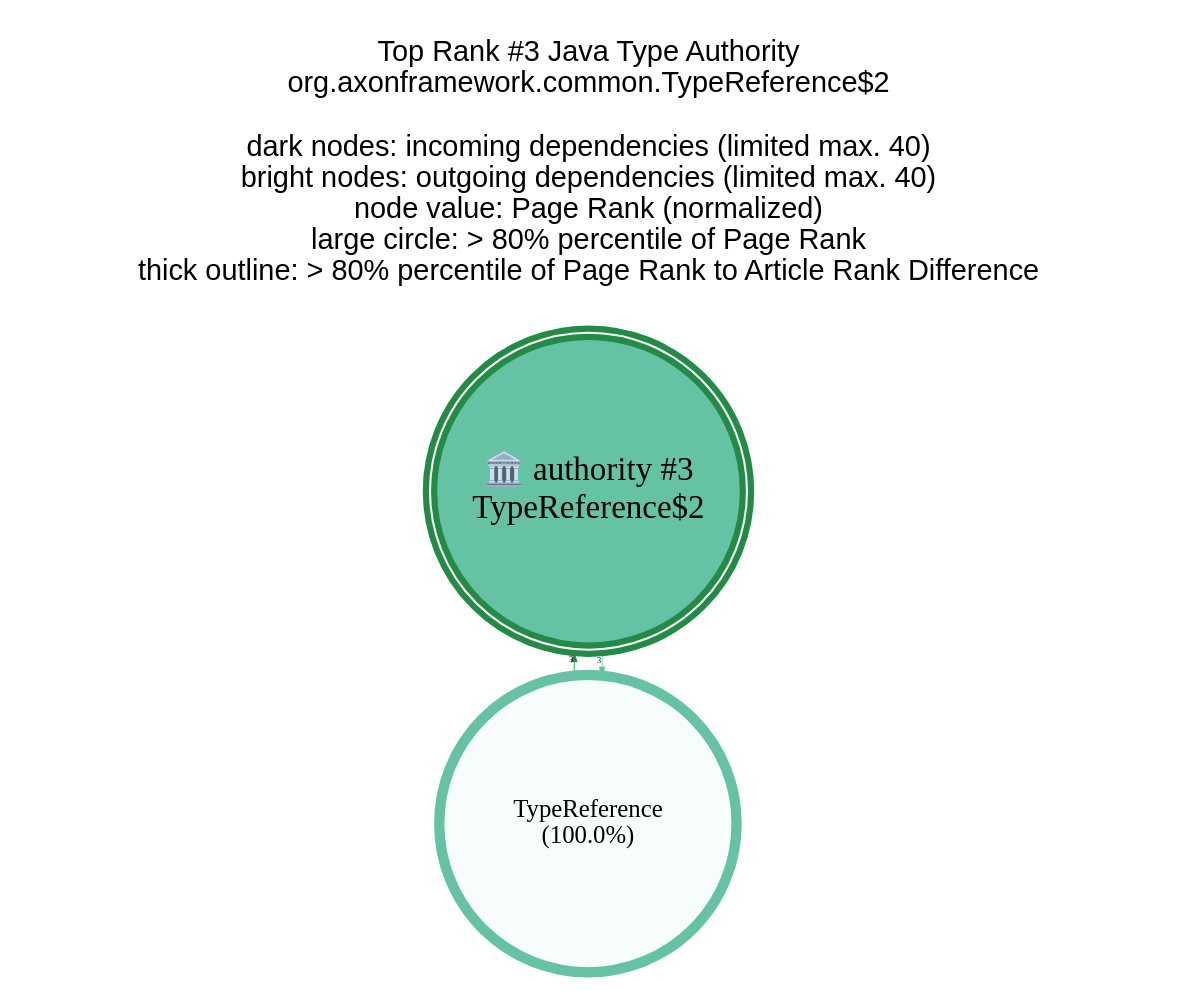
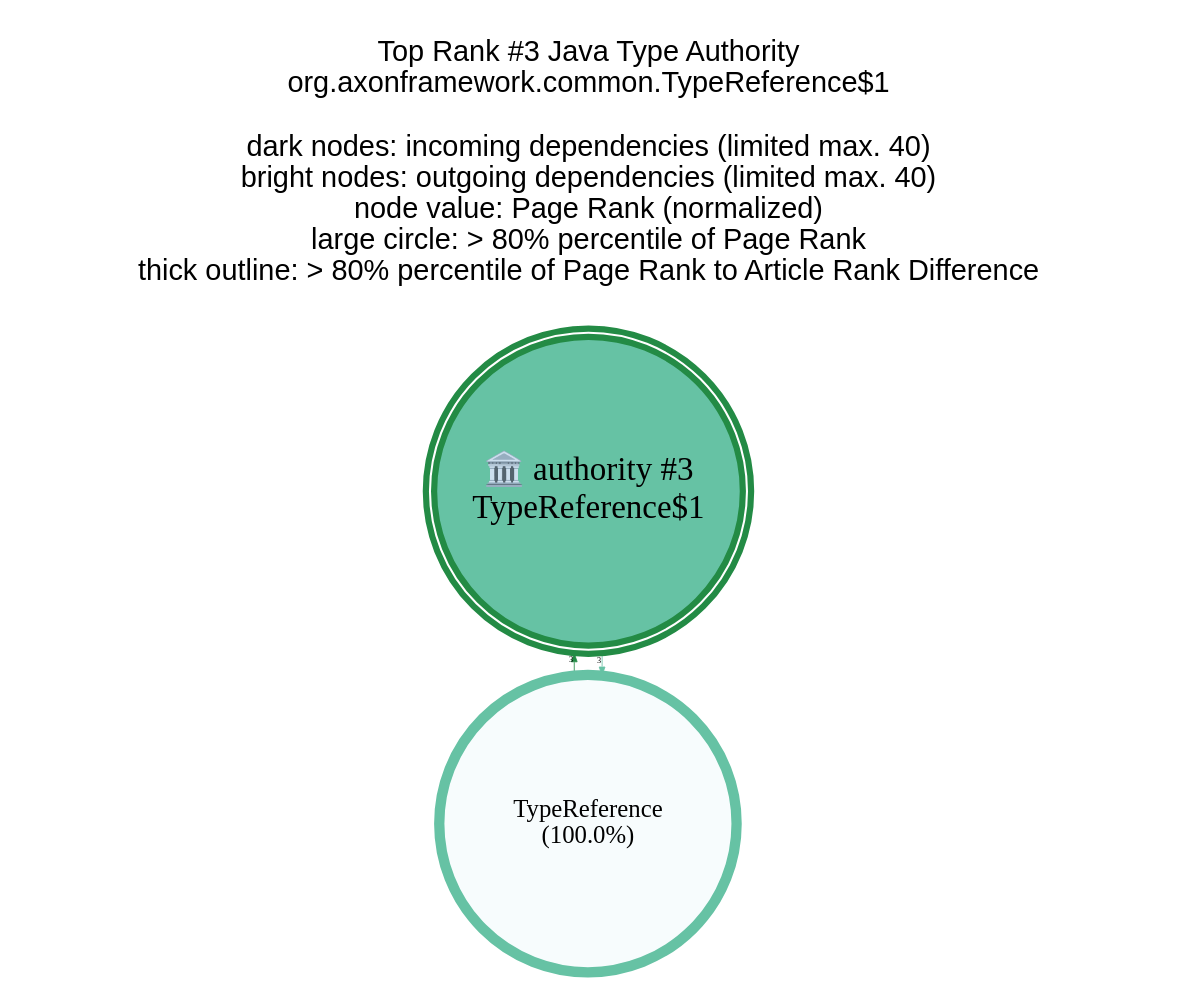
One commit to JohT/code-graph-analysis-examples changed the diagram in analysis-results/AxonFramework/latest/archetypes/Java_Type/GraphVisualizations/graphviz/TopAuthority3.gv. Above: the diagram before and after it, drawn with Graphviz. The commit also changed 987 other files, not shown here.

```diff
--- a/analysis-results/AxonFramework/latest/archetypes/Java_Type/GraphVisualizations/graphviz/TopAuthority3.gv
+++ b/analysis-results/AxonFramework/latest/archetypes/Java_Type/GraphVisualizations/graphviz/TopAuthority3.gv
@@ -1,19 +1,19 @@
 // This GraphViz dot file was generated by the script convertQueryResultCsvToGraphVizDotFile.sh with TopCentral.template
 
 strict digraph TopAuthority3 {
     graph [layout = "fdp"; start = "7"; splines = "spline"; pad = "0.8,0.1"; outputorder = "edgesfirst";];
     graph [fontname = "Helvetica,Arial,sans-serif"; labelloc = "t";];
     node [colorscheme = "bugn9"; color = 6; fillcolor = 3;];
     edge [colorscheme = "bugn9"; color = 7;];
     node [fontsize = 12; style = "filled"; margin = "0.03,0.03"; width="1.3"; height="0.9";];
     edge [fontsize = 4; arrowsize = "0.4";];
 
     central [shape = "doublecircle"; height = "2.0"; margin = "0.000001,0.000001";];
     central [fontsize = 16;];
     central [color = 7; fillcolor = 5; penwidth = 3;];
 
-	graph   [label="Top Rank #3 Java Type Authority\norg.axonframework.common.TypeReference$2\n\ndark nodes: incoming dependencies (limited max. 40)\nbright nodes: outgoing dependencies (limited max. 40)\nnode value: Page Rank (normalized)\nlarge circle: > 80% percentile of Page Rank\nthick outline: > 80% percentile of Page Rank to Article Rank Difference\n\n"];
-	central [label="🏛️ authority #3\nTypeReference$2"];
-	"TypeReference_27626"  [shape = "circle"; height=2; label = "TypeReference\n(100.0%)"; penwidth = 5; ]; "TypeReference_27626" -> central [label=3; weight=3; penwidth=0.4];
-	"TypeReference_27626"  [shape = "circle"; height=2; label = "TypeReference\n(100.0%)"; penwidth = 5; color = 5; fillcolor = 1; ]; central -> "TypeReference_27626" [label=3; weight=3; penwidth=0.4; color = 5];
+	graph   [label="Top Rank #3 Java Type Authority\norg.axonframework.common.TypeReference$1\n\ndark nodes: incoming dependencies (limited max. 40)\nbright nodes: outgoing dependencies (limited max. 40)\nnode value: Page Rank (normalized)\nlarge circle: > 80% percentile of Page Rank\nthick outline: > 80% percentile of Page Rank to Article Rank Difference\n\n"];
+	central [label="🏛️ authority #3\nTypeReference$1"];
+	"TypeReference_7512"  [shape = "circle"; height=2; label = "TypeReference\n(100.0%)"; penwidth = 5; ]; "TypeReference_7512" -> central [label=3; weight=3; penwidth=0.4];
+	"TypeReference_7512"  [shape = "circle"; height=2; label = "TypeReference\n(100.0%)"; penwidth = 5; color = 5; fillcolor = 1; ]; central -> "TypeReference_7512" [label=3; weight=3; penwidth=0.4; color = 5];
 }
```
